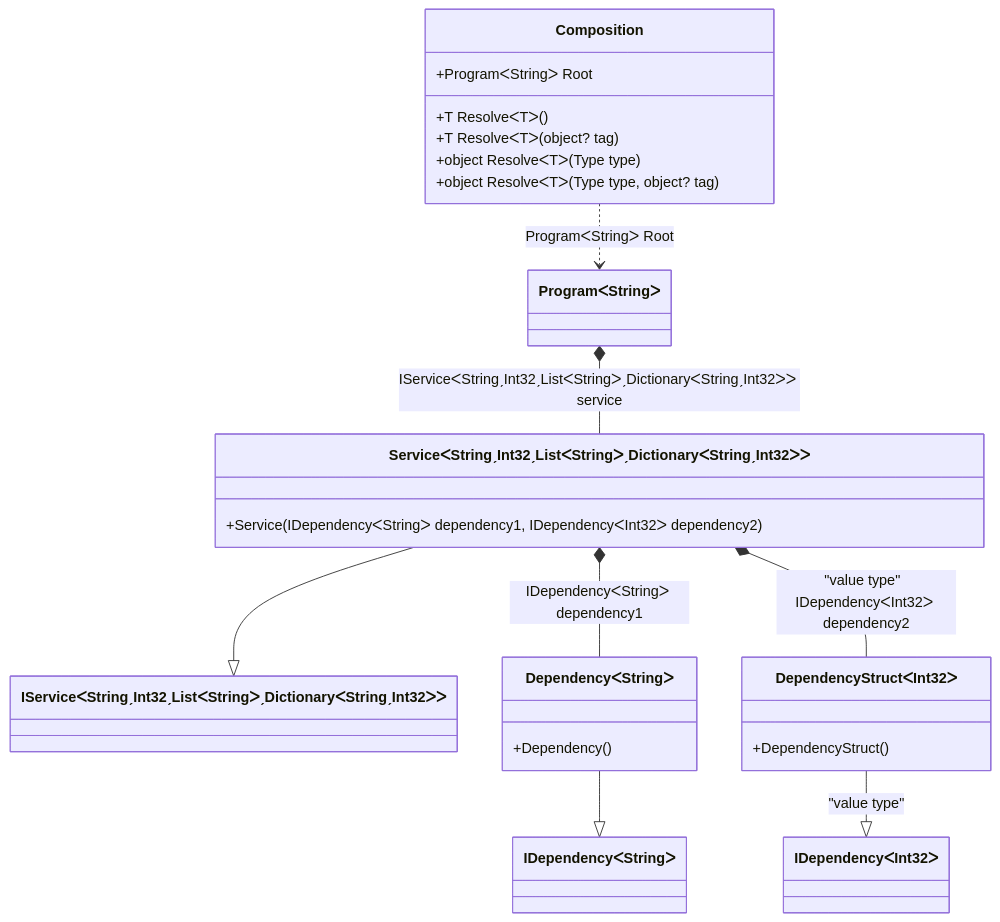
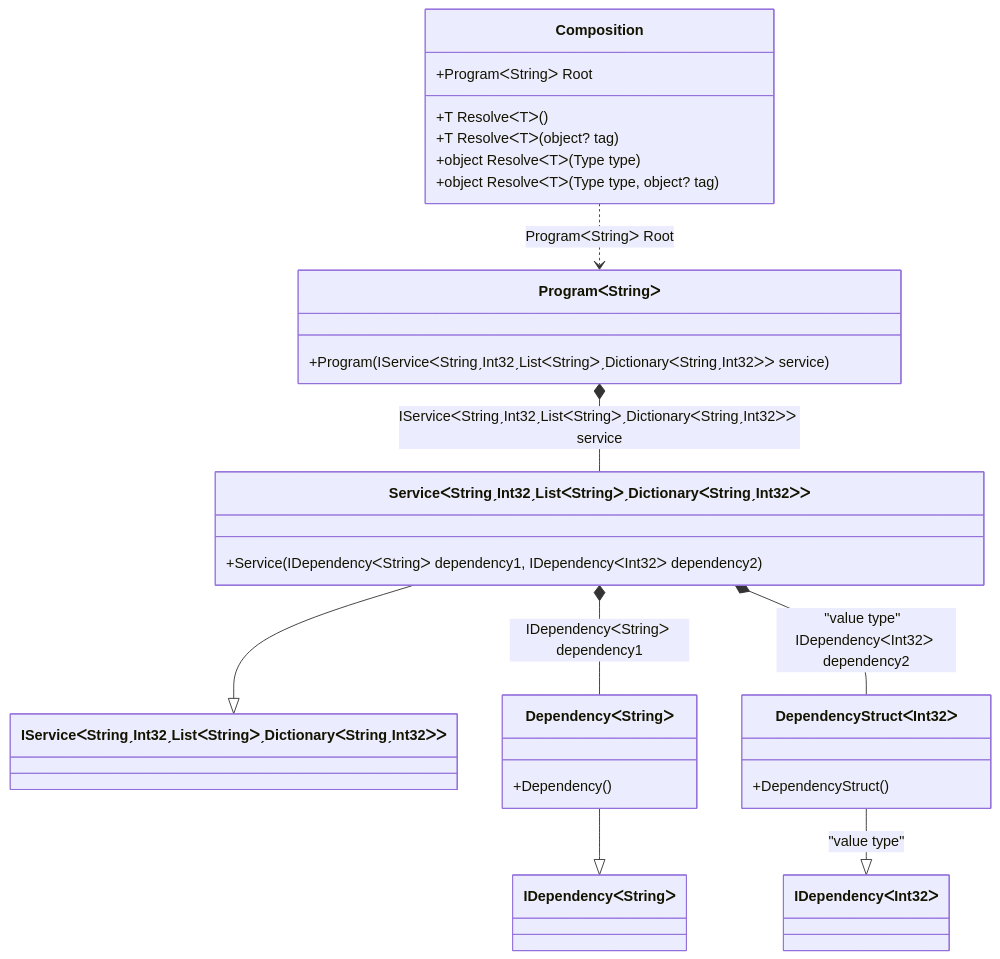
Before and after one commit to DevTeam/Pure.DI: diagram 13 of 35 in readme/Examples.md, drawn with Mermaid. The commit also changed other lines of this file and 28 other files, not shown here.

````diff
--- a/readme/Examples.md
+++ b/readme/Examples.md
@@ -924,26 +912,29 @@
 ```mermaid
 classDiagram
 class Composition {
 +ProgramᐸStringᐳ Root
 +T ResolveᐸTᐳ()
 +T ResolveᐸTᐳ(object? tag)
 +object ResolveᐸTᐳ(Type type)
 +object ResolveᐸTᐳ(Type type, object? tag)
+}
+class ProgramᐸStringᐳ {
++Program(IServiceᐸStringˏInt32ˏListᐸStringᐳˏDictionaryᐸStringˏInt32ᐳᐳ service)
 }
 ServiceᐸStringˏInt32ˏListᐸStringᐳˏDictionaryᐸStringˏInt32ᐳᐳ --|> IServiceᐸStringˏInt32ˏListᐸStringᐳˏDictionaryᐸStringˏInt32ᐳᐳ : 
 class ServiceᐸStringˏInt32ˏListᐸStringᐳˏDictionaryᐸStringˏInt32ᐳᐳ {
 +Service(IDependencyᐸStringᐳ dependency1, IDependencyᐸInt32ᐳ dependency2)
 }
 DependencyᐸStringᐳ --|> IDependencyᐸStringᐳ : 
 class DependencyᐸStringᐳ {
 +Dependency()
 }
 DependencyStructᐸInt32ᐳ --|> IDependencyᐸInt32ᐳ : "value type" 
 class DependencyStructᐸInt32ᐳ {
 +DependencyStruct()
 }
+ProgramᐸStringᐳ *--  ServiceᐸStringˏInt32ˏListᐸStringᐳˏDictionaryᐸStringˏInt32ᐳᐳ : IServiceᐸStringˏInt32ˏListᐸStringᐳˏDictionaryᐸStringˏInt32ᐳᐳ service
 Composition ..> ProgramᐸStringᐳ : ProgramᐸStringᐳ Root
-ProgramᐸStringᐳ *--  ServiceᐸStringˏInt32ˏListᐸStringᐳˏDictionaryᐸStringˏInt32ᐳᐳ : IServiceᐸStringˏInt32ˏListᐸStringᐳˏDictionaryᐸStringˏInt32ᐳᐳ service
 ServiceᐸStringˏInt32ˏListᐸStringᐳˏDictionaryᐸStringˏInt32ᐳᐳ *--  DependencyᐸStringᐳ : IDependencyᐸStringᐳ dependency1
 ServiceᐸStringˏInt32ˏListᐸStringᐳˏDictionaryᐸStringˏInt32ᐳᐳ *--  DependencyStructᐸInt32ᐳ : "value type"  IDependencyᐸInt32ᐳ dependency2
 ```
````
